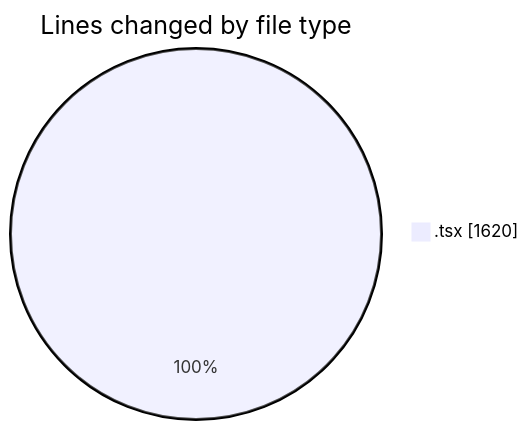
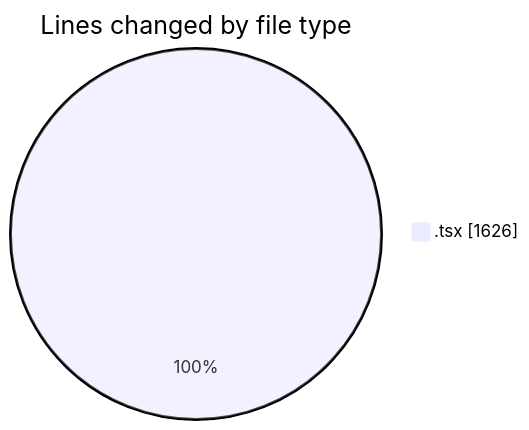
The first of 2 diagrams in 2025-09-30/cda/README.md (momahboobian/code-tracking), drawn with Mermaid before and after one commit. The commit also changed other lines of this file and 1 other file, not shown here.

````diff
--- a/2025-09-30/cda/README.md
+++ b/2025-09-30/cda/README.md
@@ -21,5 +21,5 @@
 ```mermaid
 pie showData
 title Lines changed by file type
-".tsx" : 1620
+".tsx" : 1626
 ```
````
